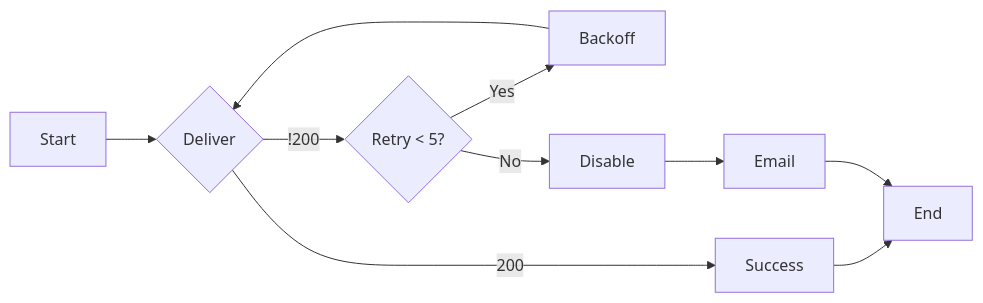
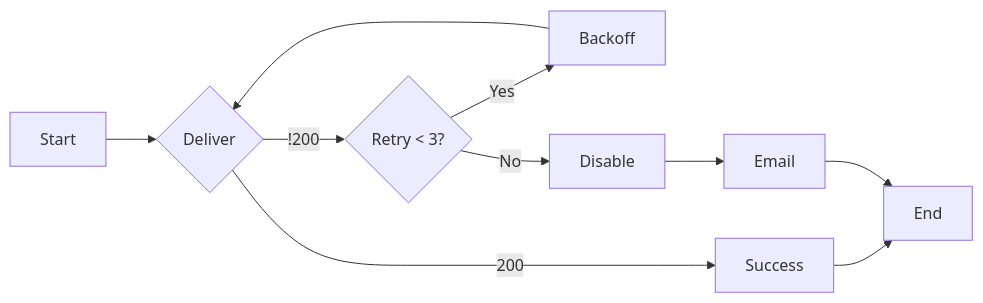
One commit to pandabase/docs changed the second of 2 diagrams in developers/webhooks/overview.mdx. Above: the diagram before and after it, drawn with Mermaid. The commit also changed other lines of this file and 40 other files, not shown here.

````diff
--- a/developers/webhooks/overview.mdx
+++ b/developers/webhooks/overview.mdx
@@ -41,12 +41,12 @@
 ```mermaid
 flowchart LR
     A[Start] --> B{Deliver}
     B -->|200| C[Success]
     C --> H[End]
-    B -->|!200| D{Retry < 5?}
+    B -->|!200| D{Retry < 3?}
     D -->|Yes| E[Backoff]
     E --> B
     D -->|No| F[Disable]
     F --> G[Email]
     G --> H
 ```
````
